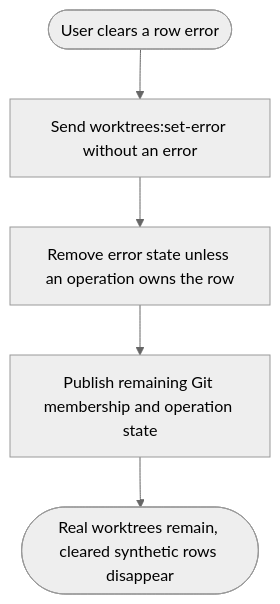
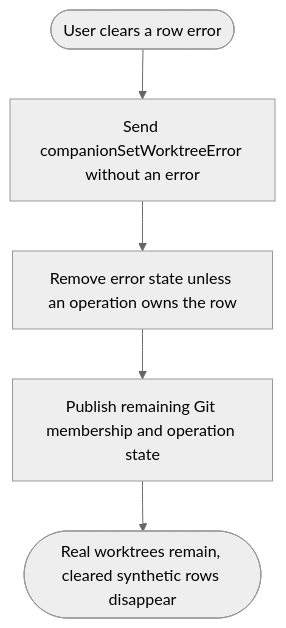
One commit to takeshibaconsuzuki/ade-overlay changed the seventh of 7 diagrams in workflows/worktrees.md. Above: the diagram before and after it, drawn with Mermaid (neutral theme). The commit also changed other lines of this file and 70 other files, not shown here.

````diff
--- a/workflows/worktrees.md
+++ b/workflows/worktrees.md
@@ -139,7 +171,7 @@
 ```mermaid
 flowchart TD
-    Start([User clears a row error]) --> Request[Send worktrees:set-error without an error]
+    Start([User clears a row error]) --> Request[Send companionSetWorktreeError without an error]
     Request --> Clear[Remove error state unless an operation owns the row]
     Clear --> Publish[Publish remaining Git membership and operation state]
     Publish --> Done([Real worktrees remain, cleared synthetic rows disappear])
 ```
````
